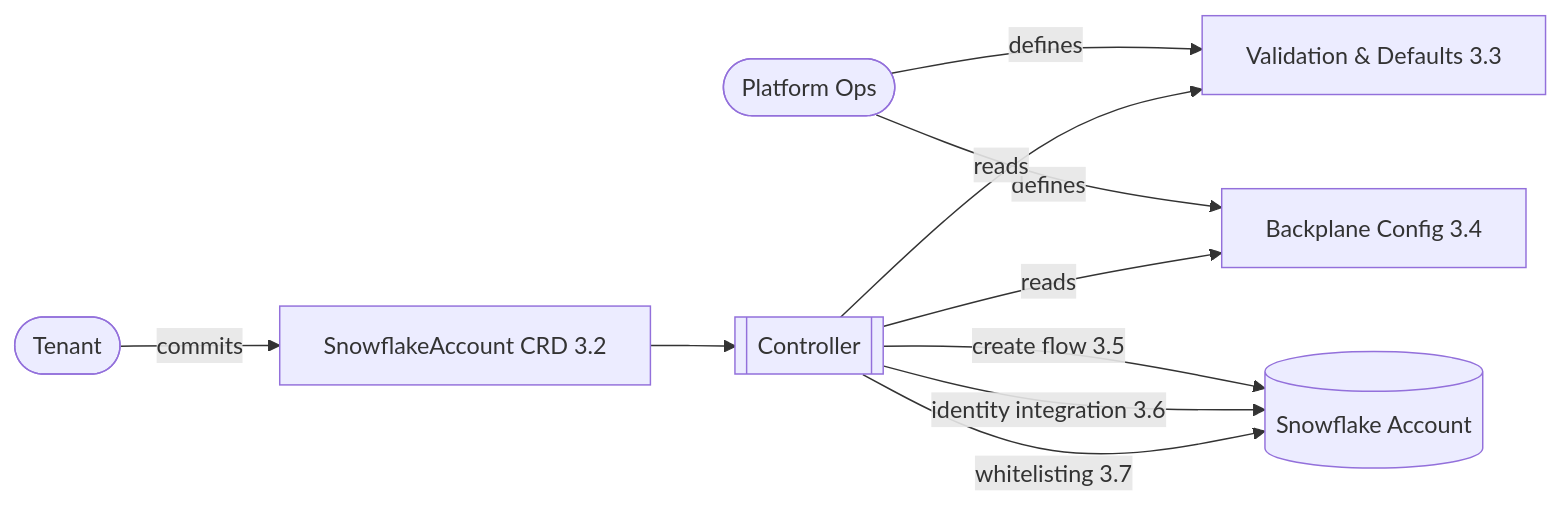
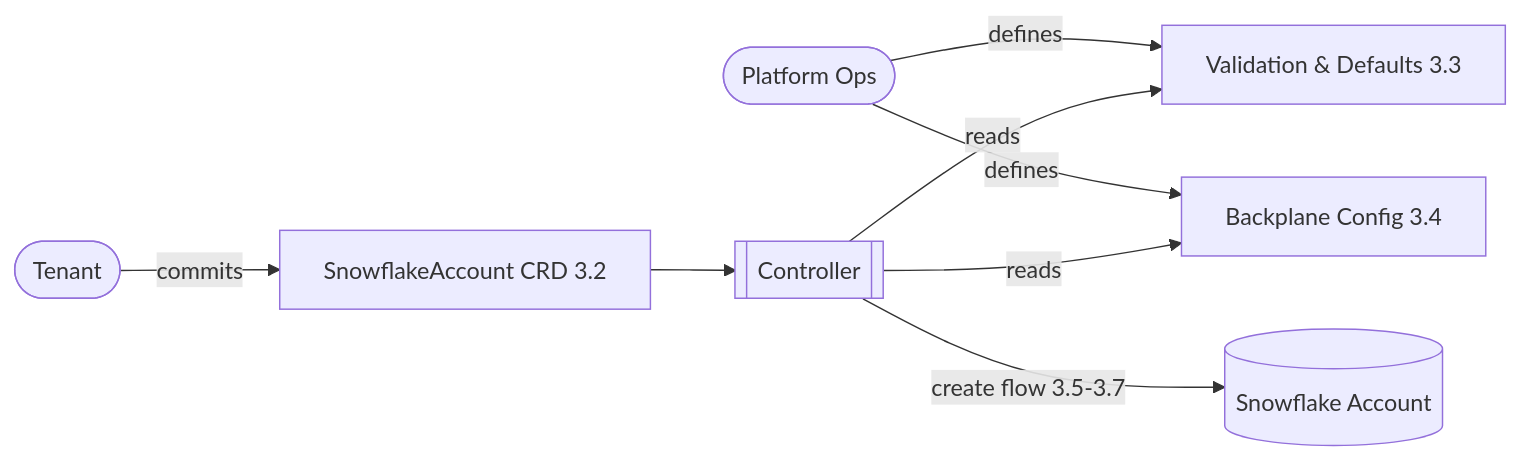
One commit to allianz/yukimi changed the diagram in specs/design.md. Above: the diagram before and after it, drawn with Mermaid.

Commit message:
added mermaid

````diff
--- a/specs/design.md
+++ b/specs/design.md
@@ -112,14 +112,12 @@
 ```mermaid
 flowchart LR
     Tenant([Tenant]) -->|commits| CRD[SnowflakeAccount CRD 3.2]
     Ops([Platform Ops]) -->|defines| ValidationRules[Validation & Defaults 3.3]
     Ops -->|defines| BackplaneConfig[Backplane Config 3.4]
 
     CRD --> Controller[[Controller]]
     Controller -->|reads| ValidationRules
     Controller -->|reads| BackplaneConfig
 
-    Controller -->|create flow 3.5| Snowflake[(Snowflake Account)]
-    Controller -->|identity integration 3.6| Snowflake
-    Controller -->|whitelisting 3.7| Snowflake
+    Controller -->|create flow 3.5-3.7| Snowflake[(Snowflake Account)]
 ```
````
